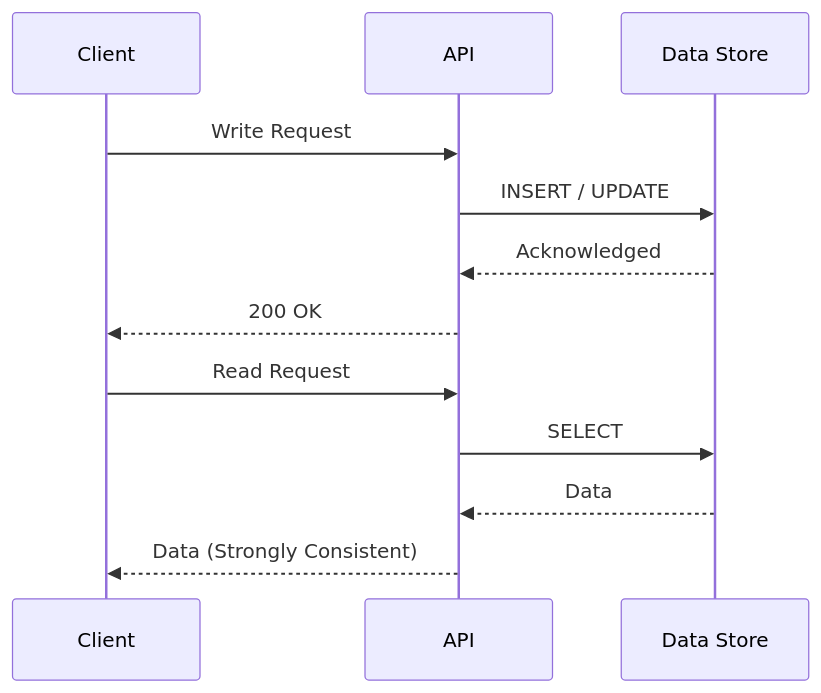
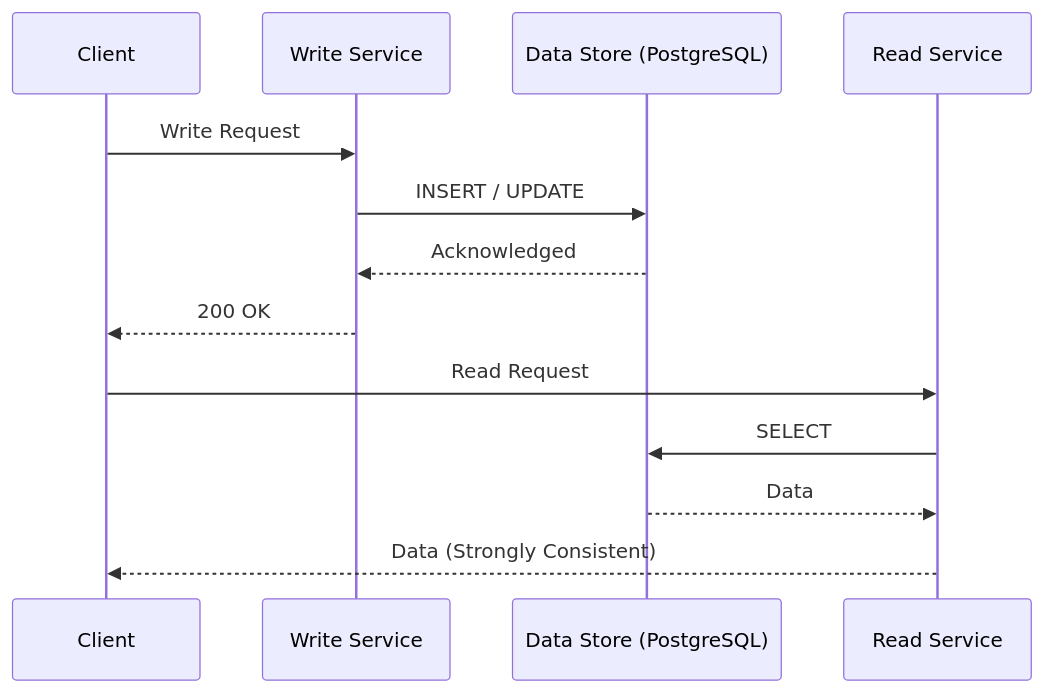
One commit to abhinnaagrawal/system-design-notes changed diagram 12 of 19 in Building_Blocks.md. Above: the diagram before and after it, drawn with Mermaid. The commit also changed other lines of this file and 7 other files, not shown here.

````diff
--- a/Building_Blocks.md
+++ b/Building_Blocks.md
@@ -1005,15 +1105,16 @@
 ```mermaid
 sequenceDiagram
     participant Client
-    participant API
-    participant DB as Data Store
+    participant API as Write Service
+    participant DB as Data Store (PostgreSQL)
+    participant Reader as Read Service
     
     Client->>API: Write Request
     API->>DB: INSERT / UPDATE
     DB-->>API: Acknowledged
     API-->>Client: 200 OK
-    Client->>API: Read Request
-    API->>DB: SELECT
-    DB-->>API: Data
-    API-->>Client: Data (Strongly Consistent)
+    Client->>Reader: Read Request
+    Reader->>DB: SELECT
+    DB-->>Reader: Data
+    Reader-->>Client: Data (Strongly Consistent)
 ```
````
